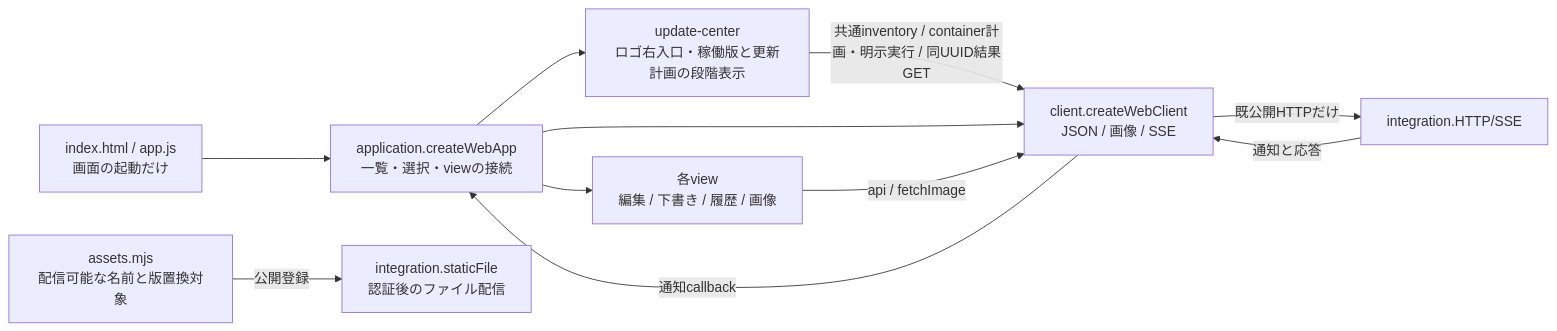
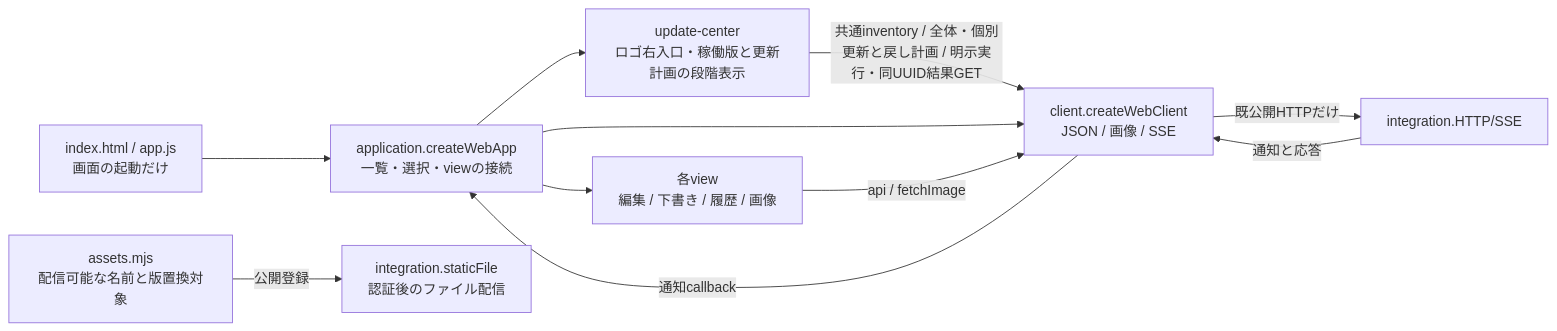
One commit to kitepon/BellTeam changed the diagram in docs/architecture/modules/web/README.md. Above: the diagram before and after it, drawn with Mermaid. The commit also changed other lines of this file and 4 other files, not shown here.

````diff
--- a/docs/architecture/modules/web/README.md
+++ b/docs/architecture/modules/web/README.md
@@ -9,13 +9,13 @@
 ```mermaid
 flowchart LR
   Browser["index.html / app.js<br/>画面の起動だけ"] --> Application["application.createWebApp<br/>一覧・選択・viewの接続"]
   Application --> Views["各view<br/>編集 / 下書き / 履歴 / 画像"]
   Application --> Updates["update-center<br/>ロゴ右入口・稼働版と更新計画の段階表示"]
-  Updates -->|"共通inventory / container計画・明示実行 / 同UUID結果GET"| Client
+  Updates -->|"共通inventory / 全体・個別更新と戻し計画 / 明示実行・同UUID結果GET"| Client
   Application --> Client["client.createWebClient<br/>JSON / 画像 / SSE"]
   Views -->|"api / fetchImage"| Client
   Client -->|"既公開HTTPだけ"| Integration["integration.HTTP/SSE"]
   Integration -->|"通知と応答"| Client
   Client -->|"通知callback"| Application
   Assets["assets.mjs<br/>配信可能な名前と版置換対象"] -->|"公開登録"| Static["integration.staticFile<br/>認証後のファイル配信"]
 ```
````
